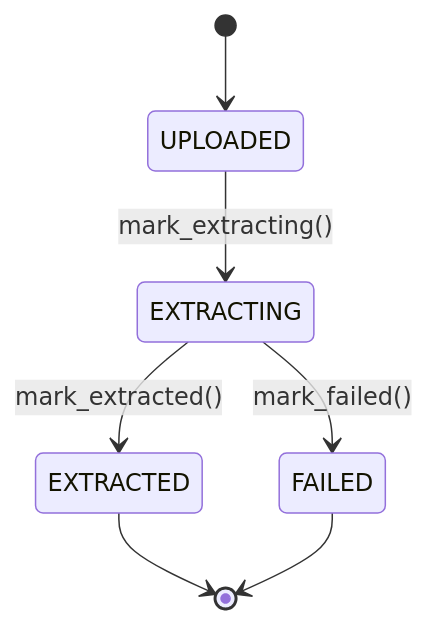
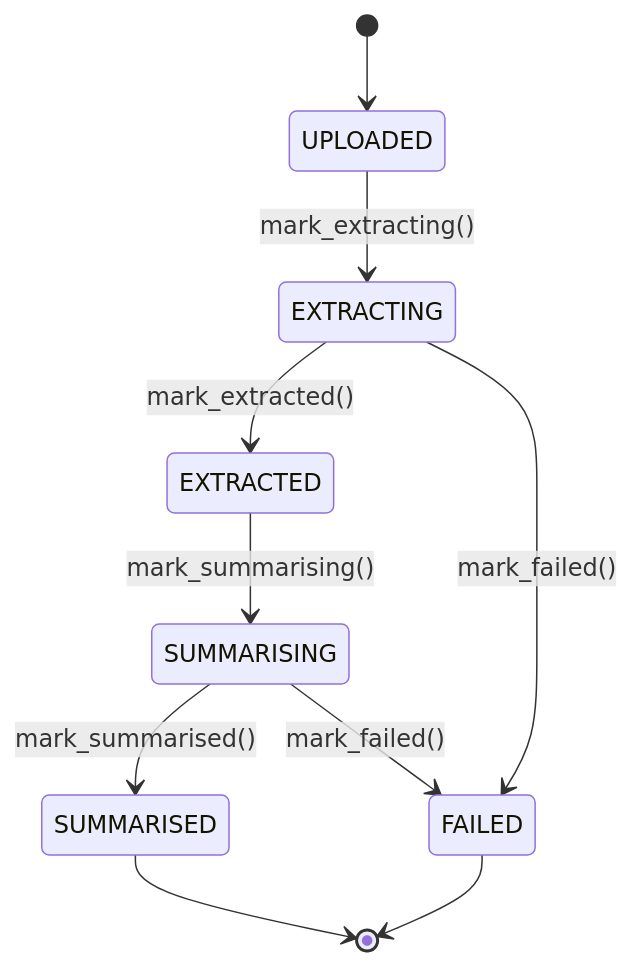
The second of 8 diagrams in docs/architecture.md (jacogro13/Cicero), drawn with Mermaid before and after one commit. The commit also changed other lines of this file, not shown here.

Commit message:
docs(architecture): the summarisation stage and the summary read model

````diff
--- a/docs/architecture.md
+++ b/docs/architecture.md
@@ -66,9 +69,12 @@
 ```mermaid
 stateDiagram-v2
     [*] --> UPLOADED
     UPLOADED --> EXTRACTING: mark_extracting()
     EXTRACTING --> EXTRACTED: mark_extracted()
+    EXTRACTED --> SUMMARISING: mark_summarising()
+    SUMMARISING --> SUMMARISED: mark_summarised()
     EXTRACTING --> FAILED: mark_failed()
-    EXTRACTED --> [*]
+    SUMMARISING --> FAILED: mark_failed()
+    SUMMARISED --> [*]
     FAILED --> [*]
 ```
````
